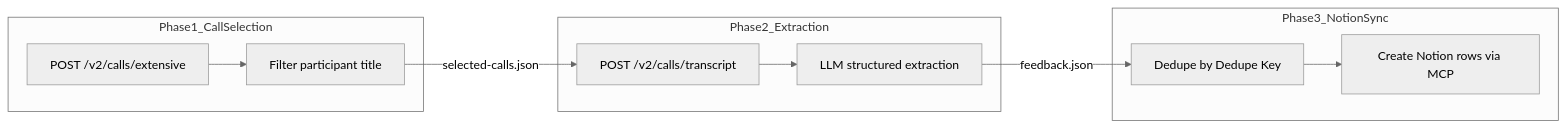
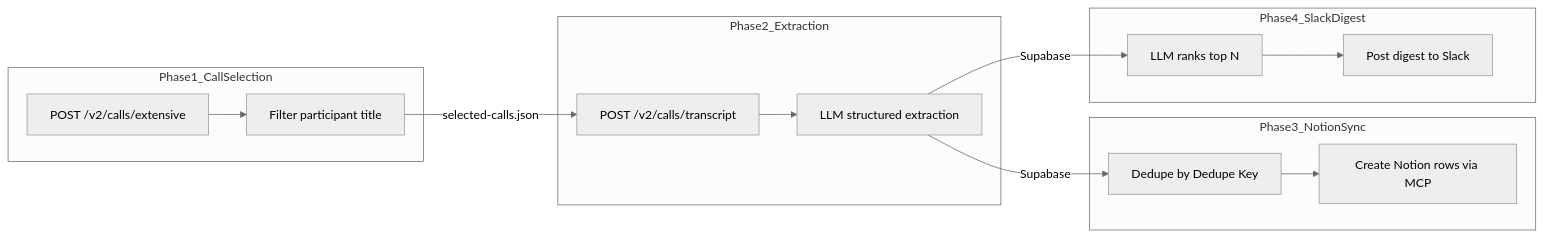
One commit to fieldsphere/field-report changed the diagram in docs/architecture.md. Above: the diagram before and after it, drawn with Mermaid (neutral theme). The commit also changed other lines of this file and 4 other files, not shown here.

First line of the commit message:
feat(slack): add LLM-distilled weekly digest to #field-report

````diff
--- a/docs/architecture.md
+++ b/docs/architecture.md
@@ -7,20 +7,26 @@
 ```mermaid
 flowchart LR
   subgraph phase1 [Phase1_CallSelection]
     listCalls["POST /v2/calls/extensive"]
     filterCalls["Filter participant title"]
   end
   subgraph phase2 [Phase2_Extraction]
     fetchTranscript["POST /v2/calls/transcript"]
     llmExtract["LLM structured extraction"]
   end
   subgraph phase3 [Phase3_NotionSync]
     dedupe["Dedupe by Dedupe Key"]
     notionWrite["Create Notion rows via MCP"]
   end
+  subgraph phase4 [Phase4_SlackDigest]
+    distill["LLM ranks top N"]
+    slackPost["Post digest to Slack"]
+  end
   listCalls --> filterCalls
   filterCalls -->|"selected-calls.json"| fetchTranscript
   fetchTranscript --> llmExtract
-  llmExtract -->|"feedback.json"| dedupe
+  llmExtract -->|"Supabase"| dedupe
   dedupe --> notionWrite
+  llmExtract -->|"Supabase"| distill
+  distill --> slackPost
 ```
````
